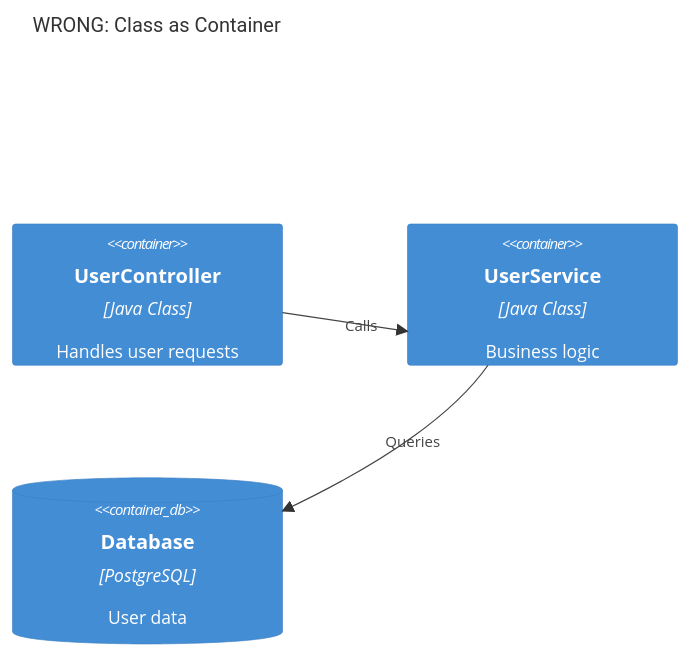
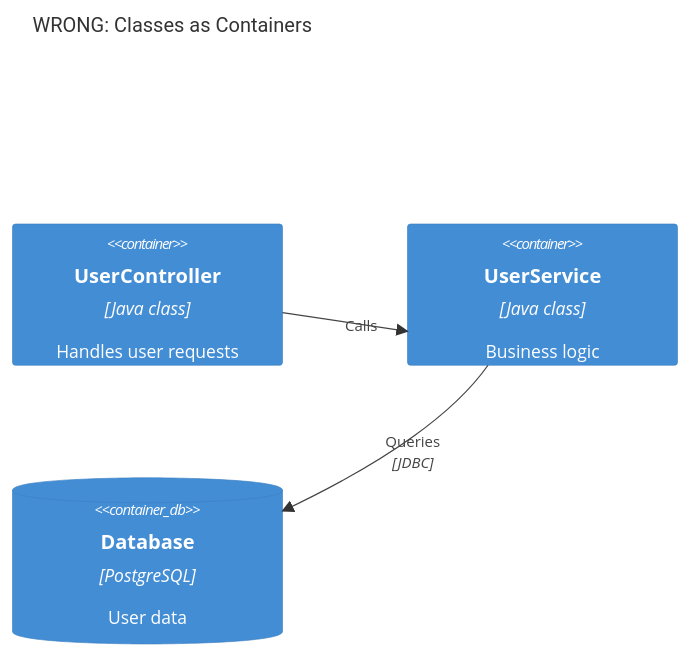
One commit to castocolina/agent-toolkit changed the first of 10 diagrams in dist/plugins/c4-architecture/skills/c4-architecture/references/common-mistakes.md. Above: the diagram before and after it, drawn with Mermaid. The commit also changed other lines of this file and 1013 other files, not shown here.

````diff
--- a/dist/plugins/c4-architecture/skills/c4-architecture/references/common-mistakes.md
+++ b/dist/plugins/c4-architecture/skills/c4-architecture/references/common-mistakes.md
@@ -13,11 +9,9 @@
 ```mermaid
 C4Container
-  title WRONG: Class as Container
-
-  Container(userController, "UserController", "Java Class", "Handles user requests")
-  Container(userService, "UserService", "Java Class", "Business logic")
+  title WRONG: Classes as Containers
+  Container(userController, "UserController", "Java class", "Handles user requests")
+  Container(userService, "UserService", "Java class", "Business logic")
   ContainerDb(db, "Database", "PostgreSQL", "User data")
-
   Rel(userController, userService, "Calls")
-  Rel(userService, db, "Queries")
+  Rel(userService, db, "Queries", "JDBC")
 ```
````
